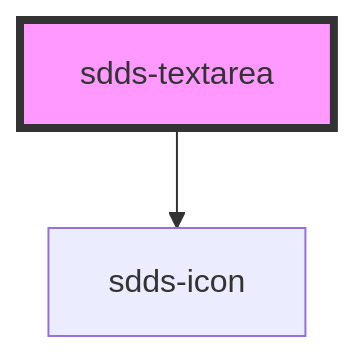
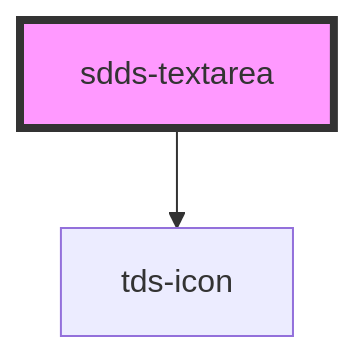
Before and after one commit to scania-digital-design-system/tegel: the diagram in core/src/components/textarea/readme.md, drawn with Mermaid. The commit also changed other lines of this file and 71 other files, not shown here.

````diff
--- a/core/src/components/textarea/readme.md
+++ b/core/src/components/textarea/readme.md
@@ -44,5 +44,5 @@
 ```mermaid
 graph TD;
-  sdds-textarea --> sdds-icon
+  sdds-textarea --> tds-icon
   style sdds-textarea fill:#f9f,stroke:#333,stroke-width:4px
 ```
````
